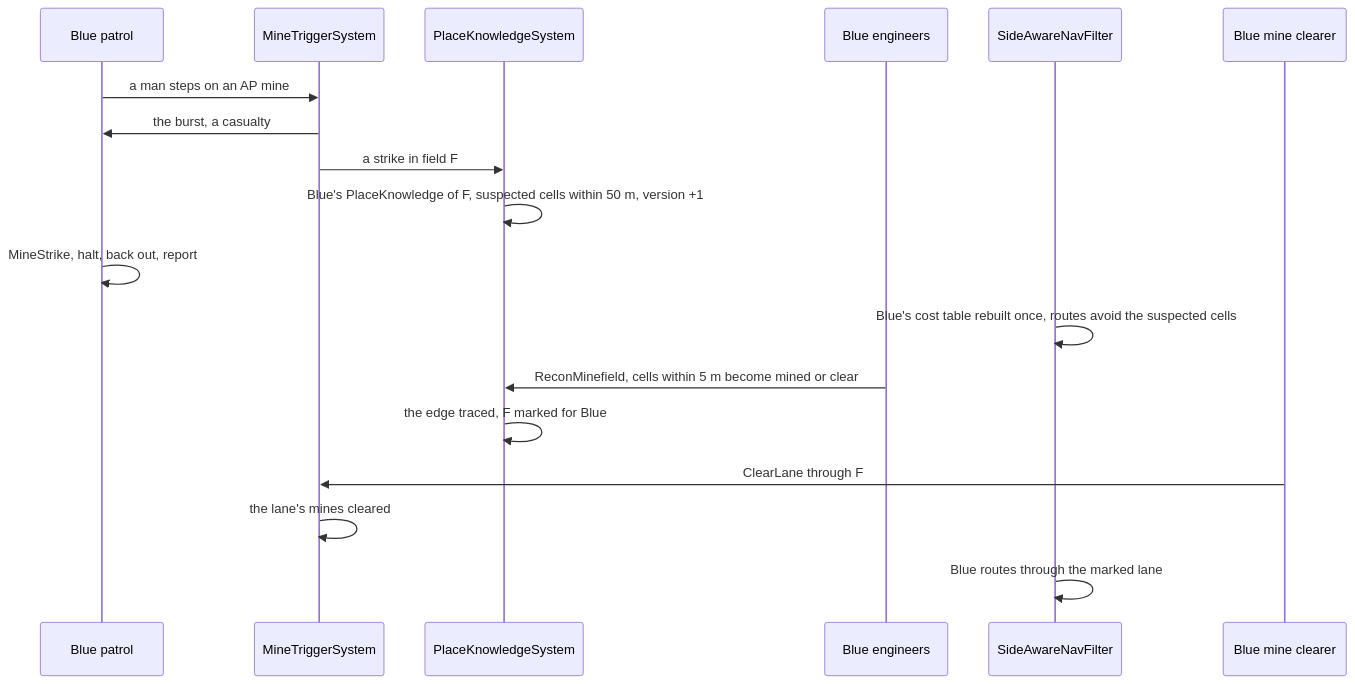
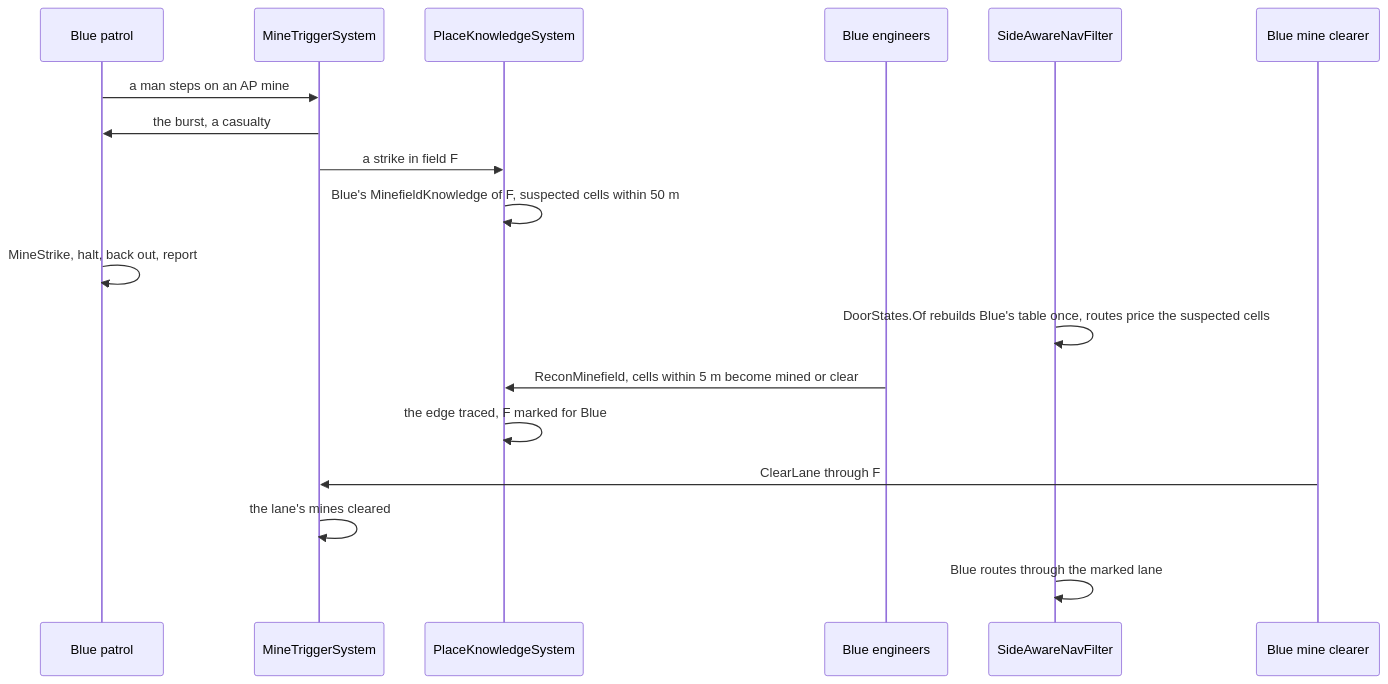
The second of 3 diagrams in docs/designs/minefields/DESIGN_Minefields.md (pjanec/HROT), drawn with Mermaid before and after one commit. The commit also changed other lines of this file and 2 other files, not shown here.

First line of the commit message:
docs(minefields): fold the PlaceKnowledge review (R-4274) — READY-TO-BUILD, slices per lane, the contract; dash acceptance reworded (R-4275)

````diff
--- a/docs/designs/minefields/DESIGN_Minefields.md
+++ b/docs/designs/minefields/DESIGN_Minefields.md
@@ -188,20 +184,20 @@
 ```mermaid
 sequenceDiagram
   participant P as Blue patrol
   participant T as MineTriggerSystem
   participant K as PlaceKnowledgeSystem
   participant E as Blue engineers
   participant N as SideAwareNavFilter
   participant C as Blue mine clearer
   P->>T: a man steps on an AP mine
   T->>P: the burst, a casualty
   T->>K: a strike in field F
-  K->>K: Blue's PlaceKnowledge of F, suspected cells within 50 m, version +1
+  K->>K: Blue's MinefieldKnowledge of F, suspected cells within 50 m
   P->>P: MineStrike, halt, back out, report
-  N->>N: Blue's cost table rebuilt once, routes avoid the suspected cells
+  N->>N: DoorStates.Of rebuilds Blue's table once, routes price the suspected cells
   E->>K: ReconMinefield, cells within 5 m become mined or clear
   K->>K: the edge traced, F marked for Blue
   C->>T: ClearLane through F
   T->>T: the lane's mines cleared
   N->>N: Blue routes through the marked lane
 ```
````
